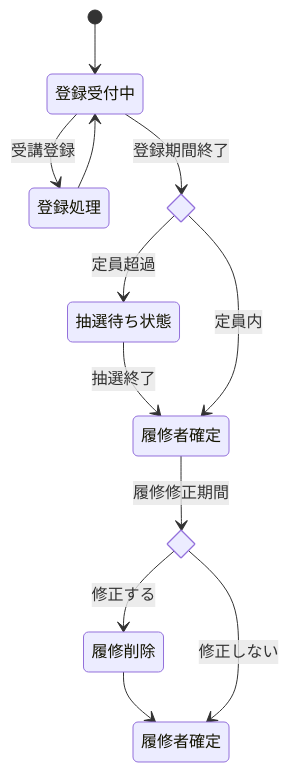
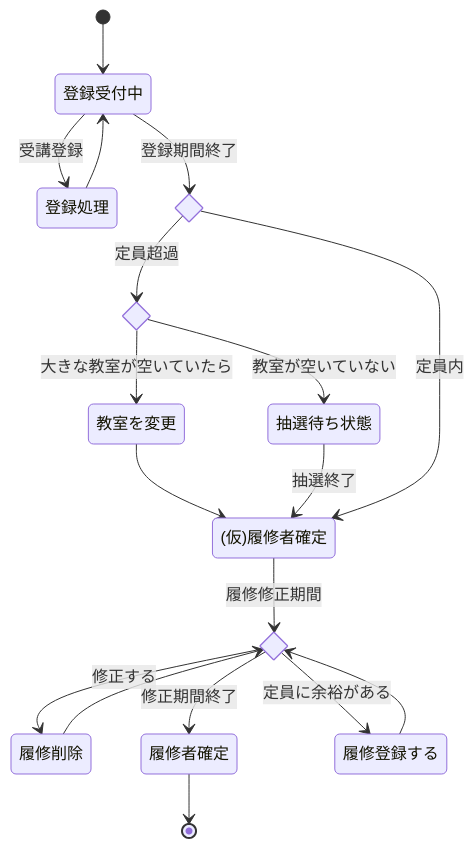
The diagram in zugagijutu/第5回/ensyu1.md (rrr-bit00/kougi), drawn with Mermaid before and after one commit.

````diff
--- a/zugagijutu/第5回/ensyu1.md
+++ b/zugagijutu/第5回/ensyu1.md
@@ -1,30 +1,38 @@
 ```mermaid
 
 stateDiagram-v2
     direction TB
     
     uke : 登録受付中
     syo : 登録処理
-    kaku : 履修者確定
+    kaku : (仮)履修者確定
     sen : 抽選待ち状態
     clear : 履修削除
     saikaku : 履修者確定
+    saitouroku : 履修登録する
+    class_ch : 教室を変更
 
     [*] --> uke
     uke --> syo : 受講登録
     syo --> uke
 
     state 終了 <<choice>>
     uke --> 終了 : 登録期間終了
-    終了 --> sen : 定員超過
+    state chenge <<choice>>
+    終了 --> chenge : 定員超過
+    chenge --> class_ch : 大きな教室が空いていたら
+    chenge --> sen : 教室が空いていない
+    class_ch --> kaku
     sen --> kaku : 抽選終了
     終了 --> kaku : 定員内
     
     state 修正 <<choice>>
     kaku --> 修正 : 履修修正期間
     修正 --> clear : 修正する
-    clear --> saikaku 
-    修正 --> saikaku :　修正しない
-    
+    clear --> 修正
+    修正 --> saikaku :　修正期間終了
+    修正 --> saitouroku : 定員に余裕がある
+    saitouroku --> 修正 
+    saikaku --> [*]
 
 ```
````
